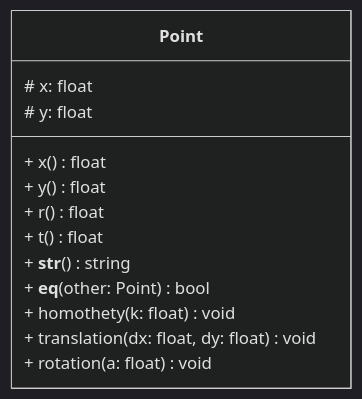
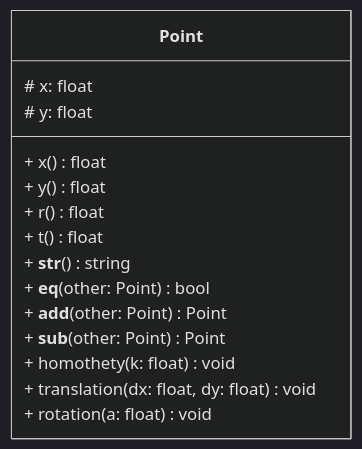
The second of 2 diagrams in _formations/oop/2_dunder.md (aldevgen/aldevgen.github.io), drawn with Mermaid (dark theme) before and after one commit. The commit also changed other lines of this file, not shown here.

Commit message:
Wrap gift and add point add/sub methods

````diff
--- a/_formations/oop/2_dunder.md
+++ b/_formations/oop/2_dunder.md
@@ -87,17 +89,19 @@
 ```mermaid
 classDiagram
     class Point {
         # x: float
         # y: float
         + x() float
         + y() float
         + r() float
         + t() float
         + __str__() string
         + __eq__(other: Point) bool
+        + __add__(other: Point) Point
+        + __sub__(other: Point) Point
         + homothety(k: float) void
         + translation(dx: float, dy: float) void
         + rotation(a: float) void
     }
 
 ```
````
